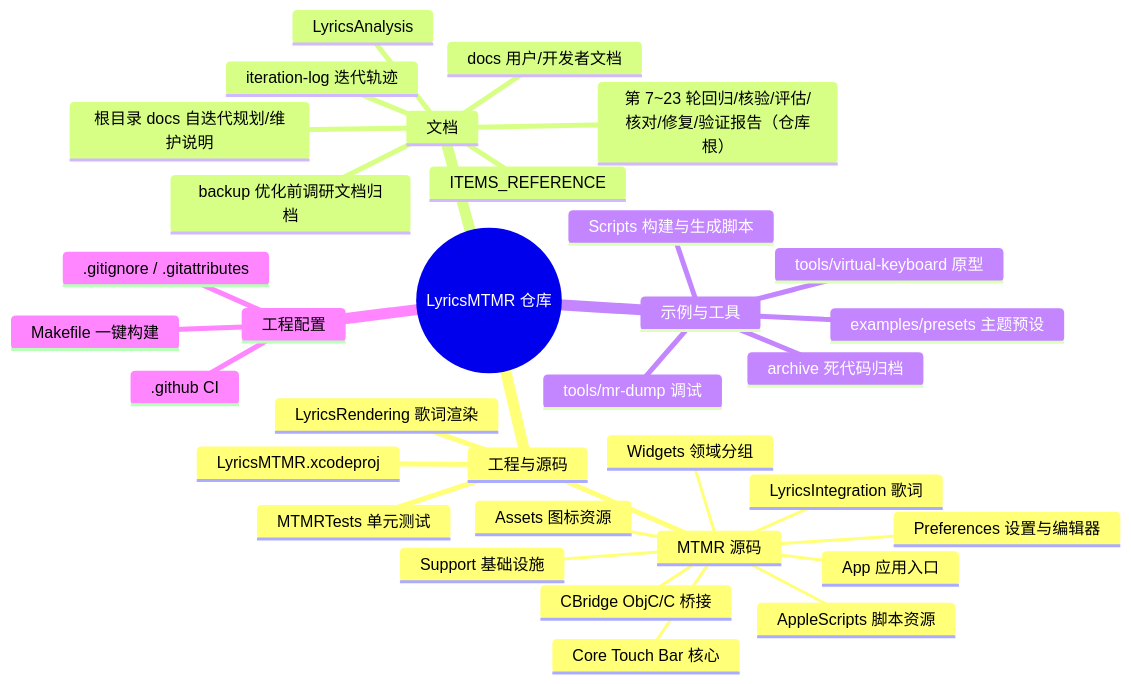
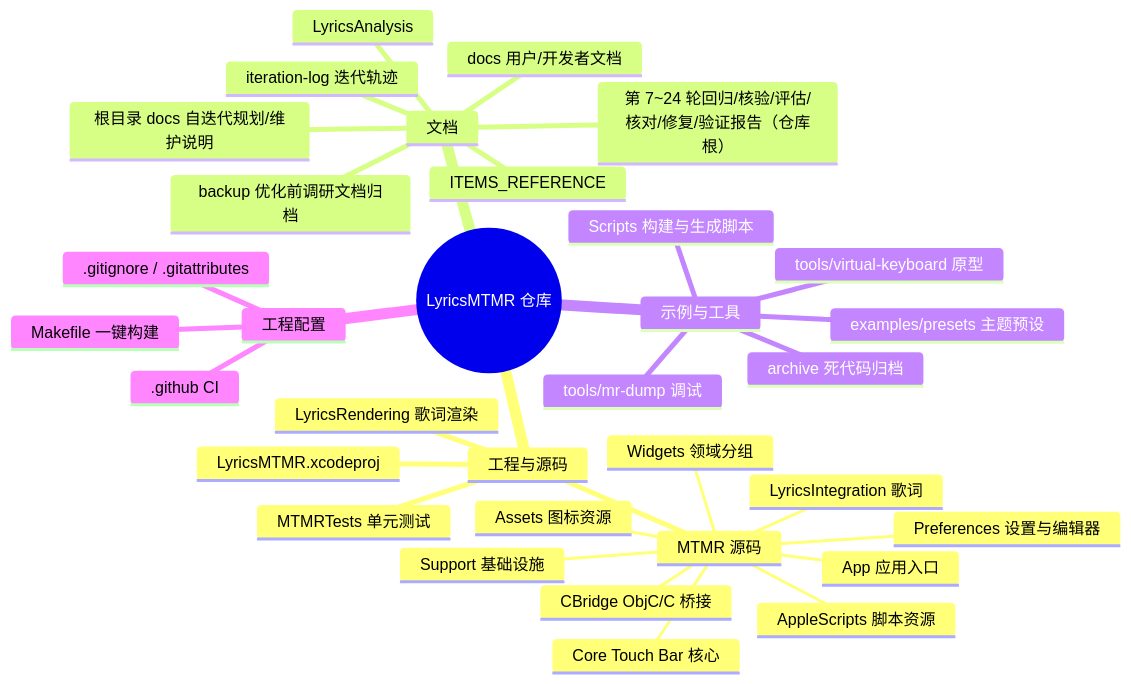
Before and after one commit to Tangzishun-Li/LyricsMTMR: the first of 2 diagrams in LyricsMTMR/docs/file-structure.zh.md, drawn with Mermaid. The commit also changed other lines of this file and 3 other files, not shown here.

````diff
--- a/LyricsMTMR/docs/file-structure.zh.md
+++ b/LyricsMTMR/docs/file-structure.zh.md
@@ -10,36 +10,36 @@
 ```mermaid
 mindmap
   root((LyricsMTMR 仓库))
     工程与源码
       LyricsMTMR.xcodeproj
       MTMR 源码
         App 应用入口
         Core Touch Bar 核心
         Support 基础设施
         Widgets 领域分组
         Preferences 设置与编辑器
         LyricsIntegration 歌词
         CBridge ObjC/C 桥接
         AppleScripts 脚本资源
         Assets 图标资源
       LyricsRendering 歌词渲染
       MTMRTests 单元测试
     文档
       docs 用户/开发者文档
       ITEMS_REFERENCE
       LyricsAnalysis
       backup 优化前调研文档归档
       iteration-log 迭代轨迹
       根目录 docs 自迭代规划/维护说明
-      第 7~23 轮回归/核验/评估/核对/修复/验证报告（仓库根）
+      第 7~24 轮回归/核验/评估/核对/修复/验证报告（仓库根）
     示例与工具
       examples/presets 主题预设
       tools/mr-dump 调试
       tools/virtual-keyboard 原型
       Scripts 构建与生成脚本
       archive 死代码归档
     工程配置
       .github CI
       .gitignore / .gitattributes
       Makefile 一键构建
 ```
````
